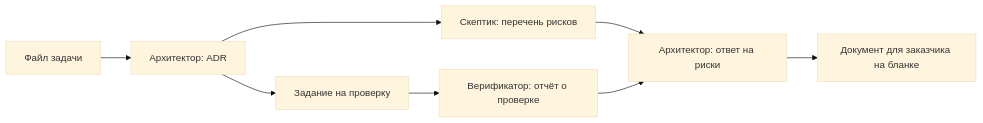
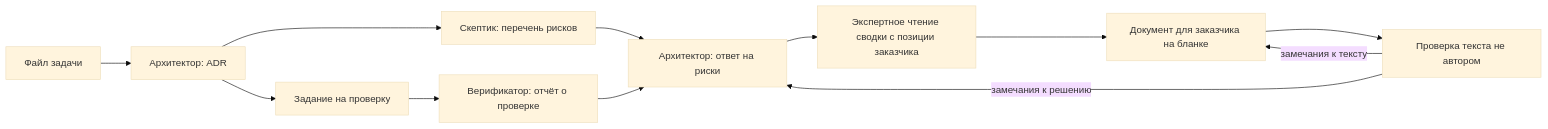
The diagram in templates/README.md (dover-ai/process), drawn with Mermaid (base theme) before and after one commit. The commit also changed other lines of this file and 3 other files, not shown here.

````diff
--- a/templates/README.md
+++ b/templates/README.md
@@ -37,10 +38,14 @@
 ```mermaid
 flowchart LR
   T["Файл задачи"] --> A["Архитектор: ADR"]
   A --> S["Скептик: перечень рисков"]
   A --> R["Задание на проверку"]
   R --> V["Верификатор: отчёт о проверке"]
   S --> A2["Архитектор: ответ на риски"]
   V --> A2
-  A2 --> W["Документ для заказчика на бланке"]
+  A2 --> E["Экспертное чтение сводки с позиции заказчика"]
+  E --> W["Документ для заказчика на бланке"]
+  W --> C["Проверка текста не автором"]
+  C -->|"замечания к решению"| A2
+  C -->|"замечания к тексту"| W
 ```
````
